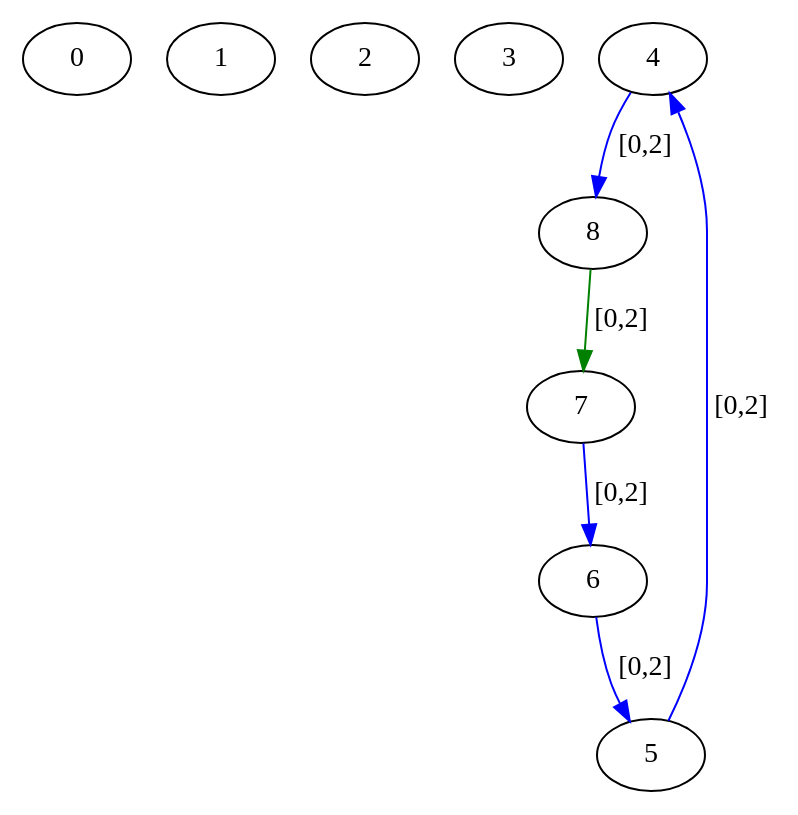
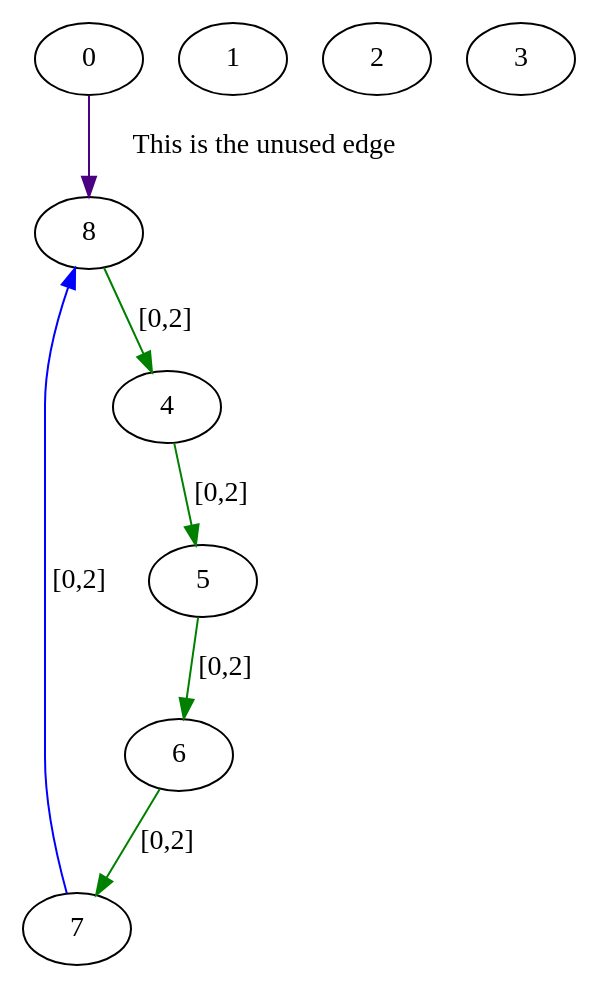
One commit to Hebbe1234/ExpectAll changed the diagram in src/assignedGraphs/assigned.dot. Above: the diagram before and after it, drawn with Graphviz. The commit also changed 3 other files, not shown here.

```diff
--- a/src/assignedGraphs/assigned.dot
+++ b/src/assignedGraphs/assigned.dot
@@ -1,16 +1,17 @@
 digraph  {
 0 [Country="United States", Internal=1, Latitude="42.37843", Longitude="-71.11644", label=0];
 1 [Country="United States", Internal=1, Latitude="37.45383", Longitude="-122.18219", label=1];
 2 [Country="United States", Internal=1, Latitude="34.42083", Longitude="-119.69819", label=2];
 3 [Country="United States", Internal=1, Latitude="34.05223", Longitude="-118.24368", label=3];
 4 [Country="United States", Internal=1, Latitude="34.01945", Longitude="-118.49119", label=4];
 5 [Country="United States", Internal=1, Latitude="34.01945", Longitude="-118.49119", label=5];
 6 [Country="United States", Internal=1, Latitude="40.76078", Longitude="-111.89105", label=6];
 7 [Country="United States", Internal=1, Latitude="42.35954", Longitude="-71.09172", label=7];
 8 [Country="United States", Internal=1, Latitude="42.3751", Longitude="-71.10561", label=8];
-4 -> 8  [color=blue, key=0, label="[0,2]"];
-5 -> 4  [color=blue, key=0, label="[0,2]"];
-6 -> 5  [color=blue, key=0, label="[0,2]"];
-7 -> 6  [color=blue, key=0, label="[0,2]"];
-8 -> 7  [color=green, key=0, label="[0,2]"];
+0 -> 8  [color=indigo, key=0, label="This is the unused edge "];
+4 -> 5  [color=green, key=0, label="[0,2]"];
+5 -> 6  [color=green, key=0, label="[0,2]"];
+6 -> 7  [color=green, key=0, label="[0,2]"];
+7 -> 8  [color=blue, key=0, label="[0,2]"];
+8 -> 4  [color=green, key=0, label="[0,2]"];
 }
```
